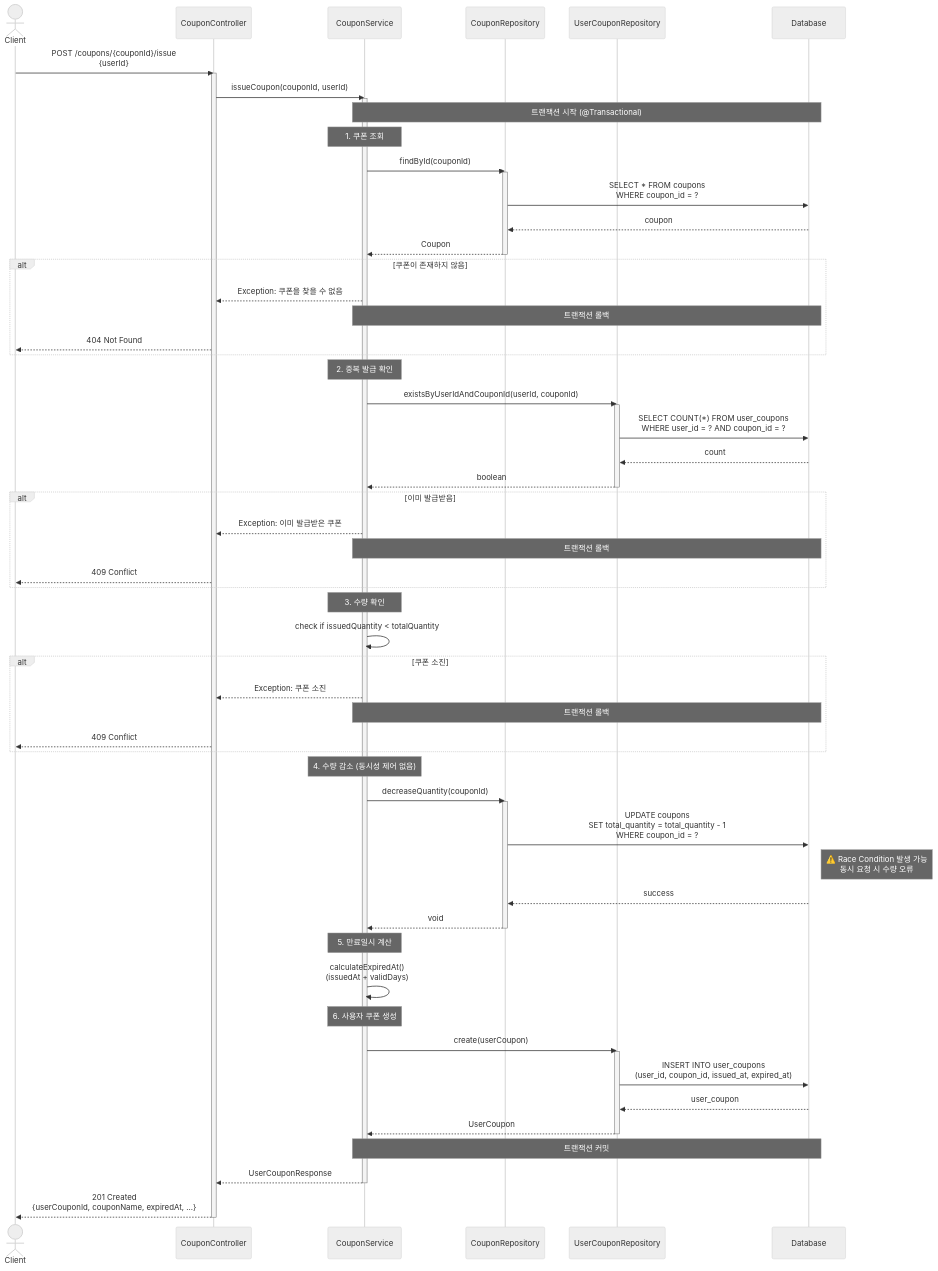
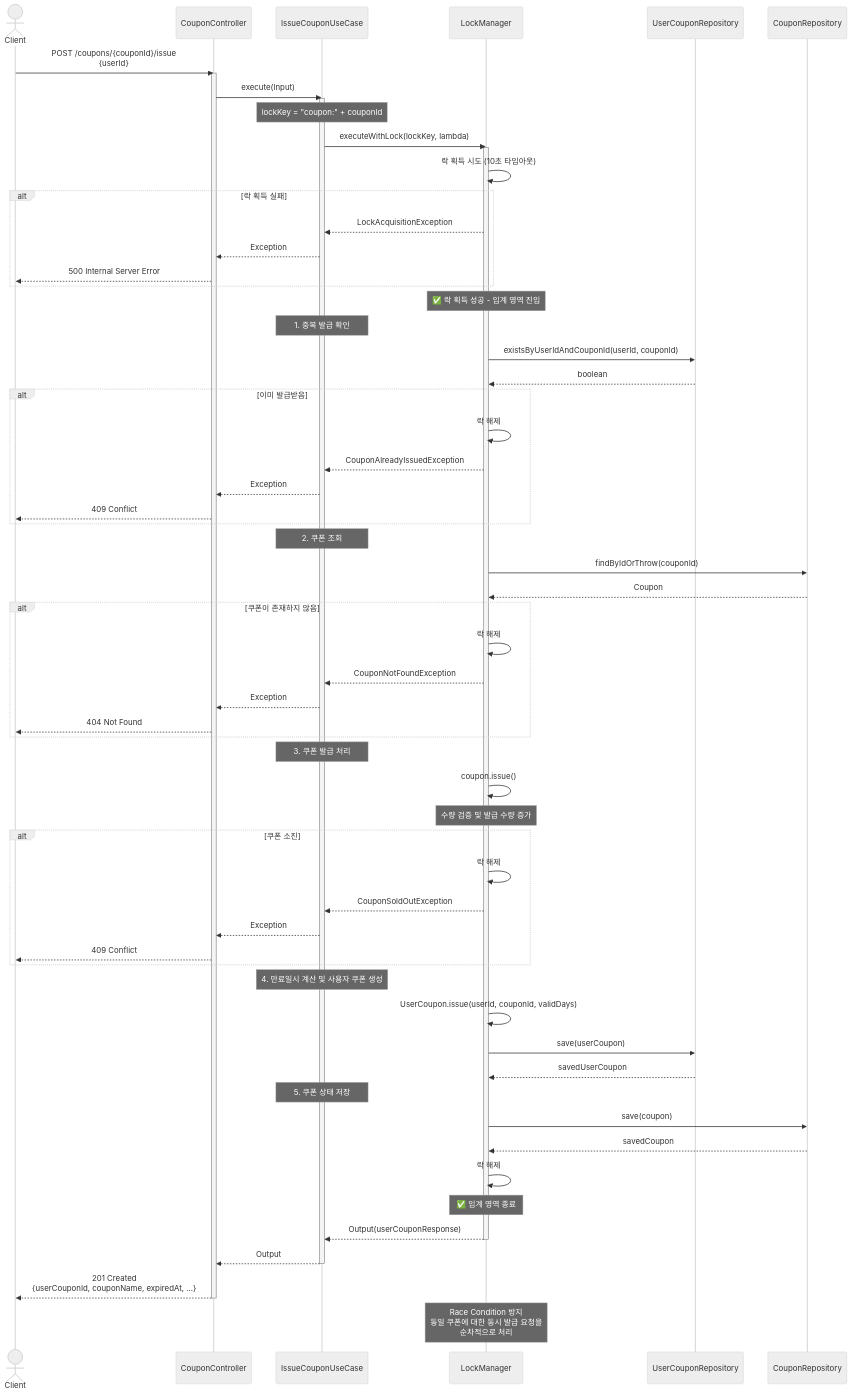
The sixth of 7 diagrams in README.md (keepConcentration/ecommerce), drawn with Mermaid (neutral theme) before and after one commit. The commit also changed other lines of this file, not shown here.

Commit message:
docs: 플로우차트, 시퀀스 다이어그램 업데이트

````diff
--- a/README.md
+++ b/README.md
@@ -396,81 +383,84 @@
 sequenceDiagram
     actor Client
     participant Controller as CouponController
-    participant Service as CouponService
+    participant UseCase as IssueCouponUseCase
+    participant LockManager as LockManager
+    participant UserCouponRepo as UserCouponRepository
     participant CouponRepo as CouponRepository
-    participant UserCouponRepo as UserCouponRepository
-    participant DB as Database
 
     Client->>Controller: POST /coupons/{couponId}/issue<br/>{userId}
     activate Controller
 
-    Controller->>Service: issueCoupon(couponId, userId)
-    activate Service
+    Controller->>UseCase: execute(Input)
+    activate UseCase
 
-    Note over Service,DB: 트랜잭션 시작 (@Transactional)
+    Note over UseCase: lockKey = "coupon:" + couponId
 
-    Note over Service: 1. 쿠폰 조회
-    Service->>CouponRepo: findById(couponId)
-    activate CouponRepo
-    CouponRepo->>DB: SELECT * FROM coupons<br/>WHERE coupon_id = ?
-    DB-->>CouponRepo: coupon
-    CouponRepo-->>Service: Coupon
-    deactivate CouponRepo
+    UseCase->>LockManager: executeWithLock(lockKey, lambda)
+    activate LockManager
+    LockManager->>LockManager: 락 획득 시도 (10초 타임아웃)
+
+    alt 락 획득 실패
+        LockManager-->>UseCase: LockAcquisitionException
+        UseCase-->>Controller: Exception
+        Controller-->>Client: 500 Internal Server Error
+    end
+
+    Note over LockManager: ✅ 락 획득 성공 - 임계 영역 진입
+
+    Note over UseCase: 1. 중복 발급 확인
+    LockManager->>UserCouponRepo: existsByUserIdAndCouponId(userId, couponId)
+    UserCouponRepo-->>LockManager: boolean
+
+    alt 이미 발급받음
+        LockManager->>LockManager: 락 해제
+        LockManager-->>UseCase: CouponAlreadyIssuedException
+        UseCase-->>Controller: Exception
+        Controller-->>Client: 409 Conflict
+    end
+
+    Note over UseCase: 2. 쿠폰 조회
+    LockManager->>CouponRepo: findByIdOrThrow(couponId)
+    CouponRepo-->>LockManager: Coupon
 
     alt 쿠폰이 존재하지 않음
-        Service-->>Controller: Exception: 쿠폰을 찾을 수 없음
-        Note over Service,DB: 트랜잭션 롤백
+        LockManager->>LockManager: 락 해제
+        LockManager-->>UseCase: CouponNotFoundException
+        UseCase-->>Controller: Exception
         Controller-->>Client: 404 Not Found
     end
 
-    Note over Service: 2. 중복 발급 확인
-    Service->>UserCouponRepo: existsByUserIdAndCouponId(userId, couponId)
-    activate UserCouponRepo
-    UserCouponRepo->>DB: SELECT COUNT(*) FROM user_coupons<br/>WHERE user_id = ? AND coupon_id = ?
-    DB-->>UserCouponRepo: count
-    UserCouponRepo-->>Service: boolean
-    deactivate UserCouponRepo
+    Note over UseCase: 3. 쿠폰 발급 처리
+    LockManager->>LockManager: coupon.issue()
+    Note over LockManager: 수량 검증 및 발급 수량 증가
 
-    alt 이미 발급받음
-        Service-->>Controller: Exception: 이미 발급받은 쿠폰
-        Note over Service,DB: 트랜잭션 롤백
+    alt 쿠폰 소진
+        LockManager->>LockManager: 락 해제
+        LockManager-->>UseCase: CouponSoldOutException
+        UseCase-->>Controller: Exception
         Controller-->>Client: 409 Conflict
     end
 
-    Note over Service: 3. 수량 확인
-    Service->>Service: check if issuedQuantity < totalQuantity
+    Note over UseCase: 4. 만료일시 계산 및 사용자 쿠폰 생성
+    LockManager->>LockManager: UserCoupon.issue(userId, couponId, validDays)
+    LockManager->>UserCouponRepo: save(userCoupon)
+    UserCouponRepo-->>LockManager: savedUserCoupon
 
-    alt 쿠폰 소진
-        Service-->>Controller: Exception: 쿠폰 소진
-        Note over Service,DB: 트랜잭션 롤백
-        Controller-->>Client: 409 Conflict
-    end
+    Note over UseCase: 5. 쿠폰 상태 저장
+    LockManager->>CouponRepo: save(coupon)
+    CouponRepo-->>LockManager: savedCoupon
 
-    Note over Service: 4. 수량 감소 (동시성 제어 없음)
-    Service->>CouponRepo: decreaseQuantity(couponId)
-    activate CouponRepo
-    CouponRepo->>DB: UPDATE coupons<br/>SET total_quantity = total_quantity - 1<br/>WHERE coupon_id = ?
-    Note right of DB: ⚠️ Race Condition 발생 가능<br/>동시 요청 시 수량 오류
-    DB-->>CouponRepo: success
-    CouponRepo-->>Service: void
-    deactivate CouponRepo
+    LockManager->>LockManager: 락 해제
+    Note over LockManager: ✅ 임계 영역 종료
 
-    Note over Service: 5. 만료일시 계산
-    Service->>Service: calculateExpiredAt()<br/>(issuedAt + validDays)
+    LockManager-->>UseCase: Output(userCouponResponse)
+    deactivate LockManager
 
-    Note over Service: 6. 사용자 쿠폰 생성
-    Service->>UserCouponRepo: create(userCoupon)
-    activate UserCouponRepo
-    UserCouponRepo->>DB: INSERT INTO user_coupons<br/>(user_id, coupon_id, issued_at, expired_at)
-    DB-->>UserCouponRepo: user_coupon
-    UserCouponRepo-->>Service: UserCoupon
-    deactivate UserCouponRepo
-
-    Note over Service,DB: 트랜잭션 커밋
-
-    Service-->>Controller: UserCouponResponse
-    deactivate Service
+    UseCase-->>Controller: Output
+    deactivate UseCase
 
     Controller-->>Client: 201 Created<br/>{userCouponId, couponName, expiredAt, ...}
     deactivate Controller
+
+    Note over LockManager: Race Condition 방지<br/>동일 쿠폰에 대한 동시 발급 요청을<br/>순차적으로 처리
 ```
````
